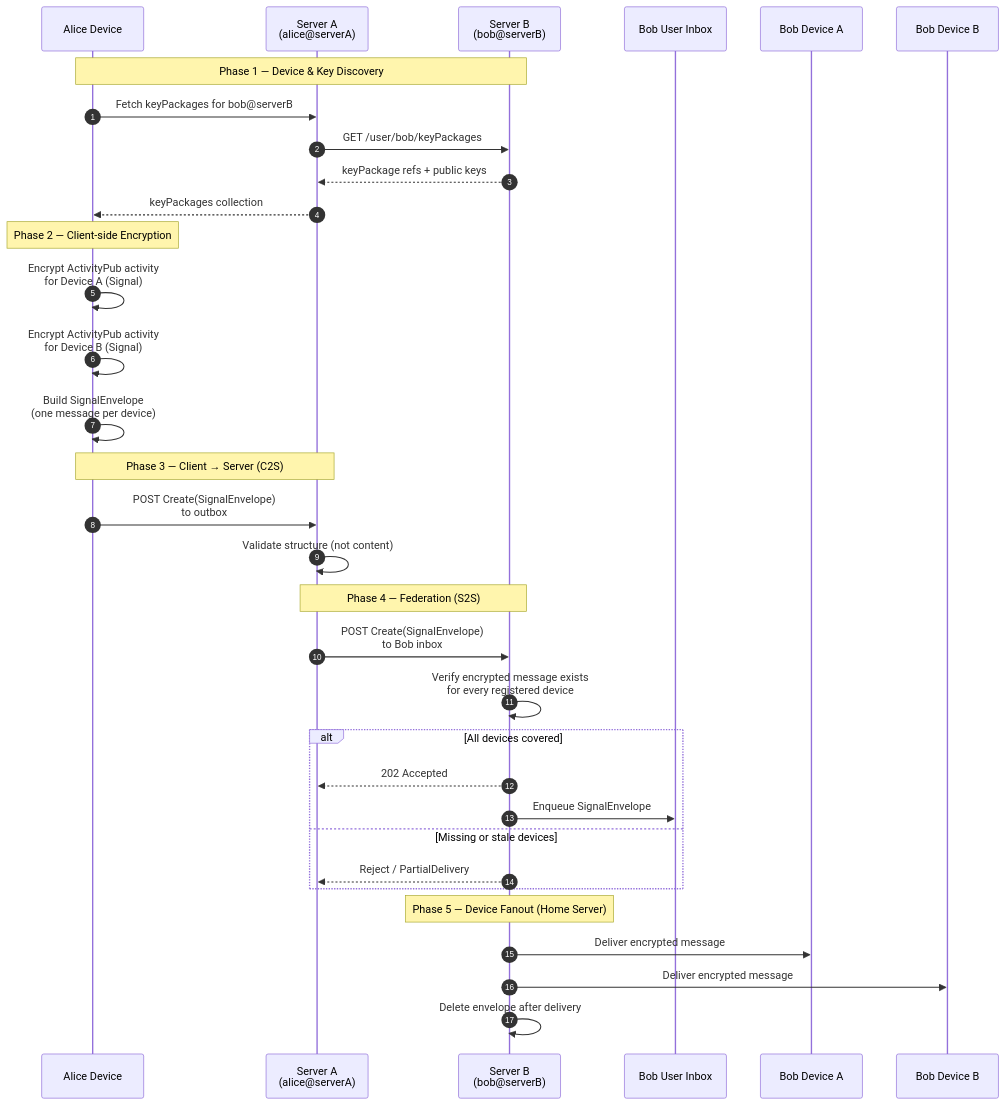
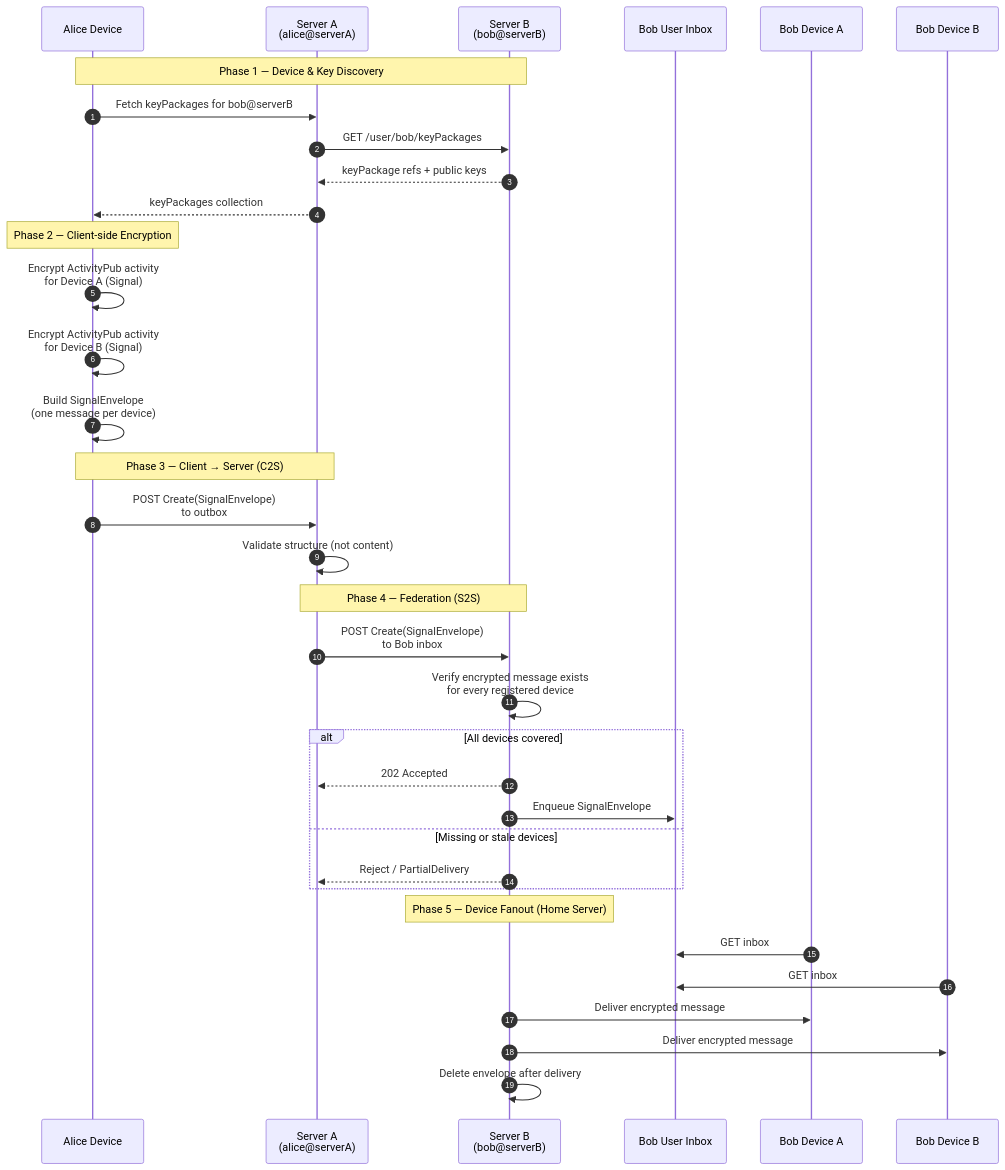
One commit to eko-network/eko-messenger changed the first of 4 diagrams in README.md. Above: the diagram before and after it, drawn with Mermaid. The commit also changed other lines of this file, not shown here.

````diff
--- a/README.md
+++ b/README.md
@@ -14,46 +14,48 @@
 ```mermaid
 sequenceDiagram
     autonumber
     participant Alice as Alice Device
     participant ServerA as Server A<br/>(alice@serverA)
     participant ServerB as Server B<br/>(bob@serverB)
     participant BobInbox as Bob User Inbox
     participant Device1 as Bob Device A
     participant Device2 as Bob Device B
 
     Note over Alice,ServerB: Phase 1 — Device & Key Discovery
 
     Alice->>ServerA: Fetch keyPackages for bob@serverB
     ServerA->>ServerB: GET /user/bob/keyPackages
     ServerB-->>ServerA: keyPackage refs + public keys
     ServerA-->>Alice: keyPackages collection
 
     Note over Alice: Phase 2 — Client-side Encryption
 
     Alice->>Alice: Encrypt ActivityPub activity<br/>for Device A (Signal)
     Alice->>Alice: Encrypt ActivityPub activity<br/>for Device B (Signal)
     Alice->>Alice: Build SignalEnvelope<br/>(one message per device)
 
     Note over Alice,ServerA: Phase 3 — Client → Server (C2S)
 
     Alice->>ServerA: POST Create(SignalEnvelope)<br/>to outbox
     ServerA->>ServerA: Validate structure (not content)
 
     Note over ServerA,ServerB: Phase 4 — Federation (S2S)
 
     ServerA->>ServerB: POST Create(SignalEnvelope)<br/>to Bob inbox
     ServerB->>ServerB: Verify encrypted message exists<br/>for every registered device
 
     alt All devices covered
         ServerB-->>ServerA: 202 Accepted
         ServerB->>BobInbox: Enqueue SignalEnvelope
     else Missing or stale devices
         ServerB-->>ServerA: Reject / PartialDelivery
     end
 
     Note over ServerB: Phase 5 — Device Fanout (Home Server)
 
+    Device1->>BobInbox: GET inbox
+    Device2->>BobInbox: GET inbox
     ServerB->>Device1: Deliver encrypted message
     ServerB->>Device2: Deliver encrypted message
     ServerB->>ServerB: Delete envelope after delivery
 ```
````
